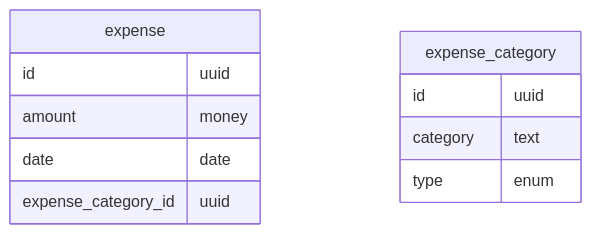
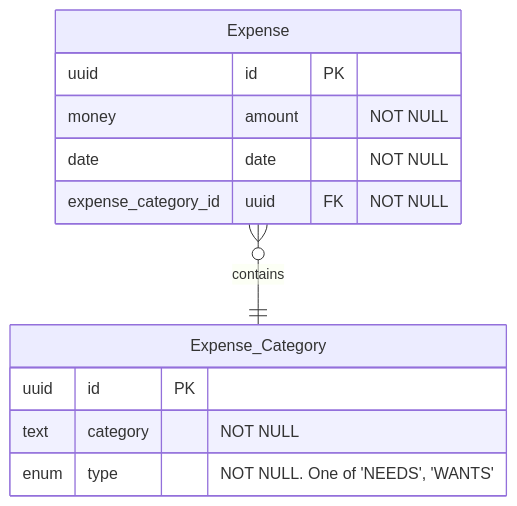
The second of 2 diagrams in README.md (lawseff/simple-budget), drawn with Mermaid before and after one commit. The commit also changed other lines of this file, not shown here.

Commit message:
Draw ER diagram

````diff
--- a/README.md
+++ b/README.md
@@ -53,15 +53,17 @@
 ```mermaid
 erDiagram
-    expense {
-        id                  uuid
-        amount              money
-        date                date
-        expense_category_id uuid
+    Expense }o--|| Expense_Category : contains
+    
+    Expense {
+        uuid id PK
+        money               amount "NOT NULL"
+        date                date   "NOT NULL"
+        expense_category_id uuid   FK "NOT NULL"
     }
     
-    expense_category {
-        id       uuid
-        category text
-        type enum
+    Expense_Category {
+        uuid id       PK
+        text category "NOT NULL"
+        enum type     "NOT NULL. One of 'NEEDS', 'WANTS'"
     }
 ```
````
